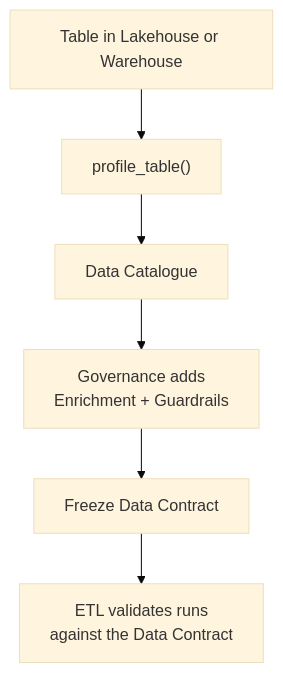
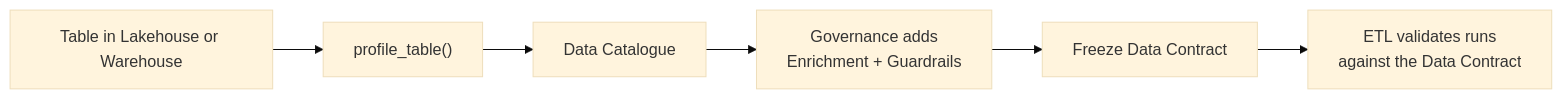
Before and after one commit to Voycepeh/FabricOps-Starter-Kit: the third of 5 diagrams in docs/how-fabricops-works.md, drawn with Mermaid (base theme).

Commit message:
Make governance handoff diagram left to right

````diff
--- a/docs/how-fabricops-works.md
+++ b/docs/how-fabricops-works.md
@@ -158,8 +158,8 @@
 ```mermaid
-flowchart TD
+flowchart LR
     TABLE["Table in Lakehouse or Warehouse"] --> PROFILE["profile_table()"]
     PROFILE --> CATALOGUE["Data Catalogue"]
     CATALOGUE --> GOVERNANCE["Governance adds<br/>Enrichment + Guardrails"]
     GOVERNANCE --> CONTRACT["Freeze Data Contract"]
     CONTRACT --> ETL["ETL validates runs<br/>against the Data Contract"]
 ```
````
